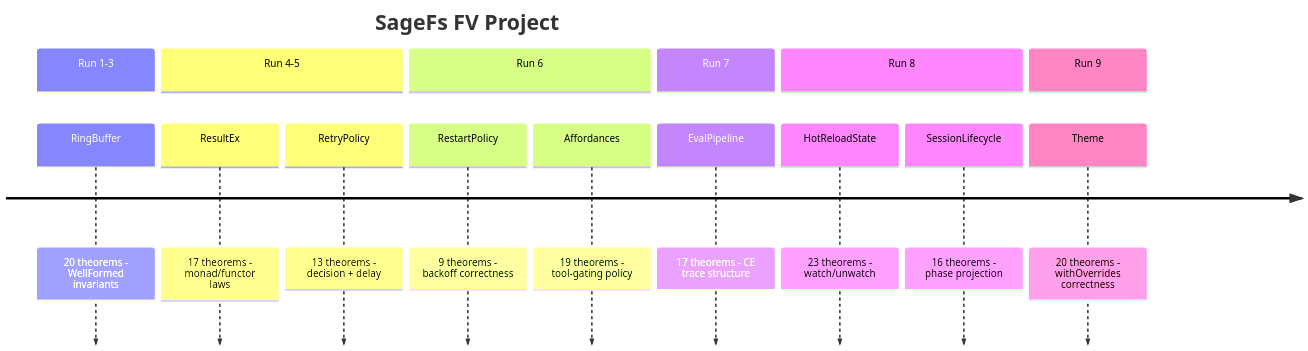
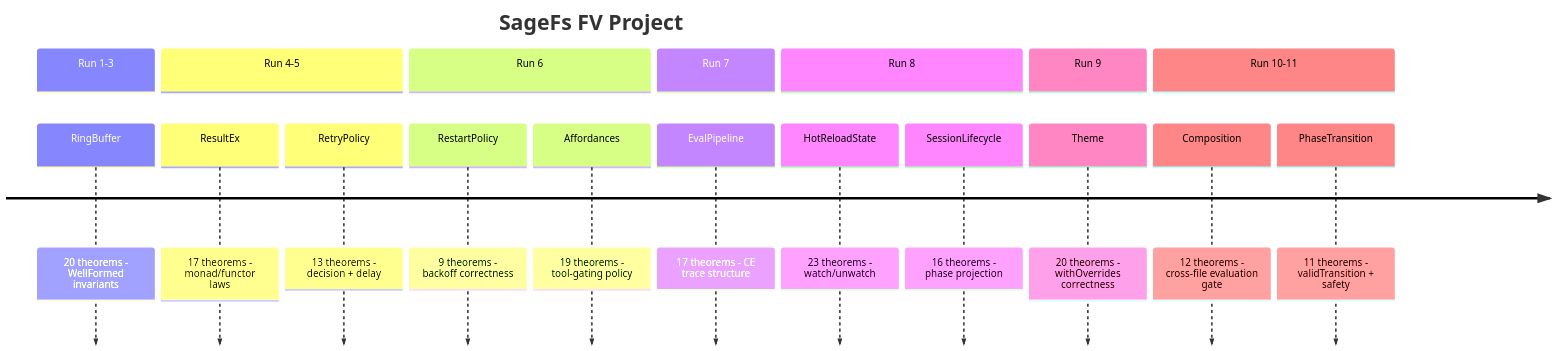
One commit to WillEhrendreich/SageFs changed the eighth of 8 diagrams in formal-verification/REPORT.md. Above: the diagram before and after it, drawn with Mermaid. The commit also changed other lines of this file and 3 other files, not shown here.

````diff
--- a/formal-verification/REPORT.md
+++ b/formal-verification/REPORT.md
@@ -226,19 +289,22 @@
 ```mermaid
 timeline
   title SageFs FV Project
   section Run 1-3
     RingBuffer : 20 theorems - WellFormed invariants
   section Run 4-5
     ResultEx : 17 theorems - monad/functor laws
     RetryPolicy : 13 theorems - decision + delay
   section Run 6
     RestartPolicy : 9 theorems - backoff correctness
     Affordances : 19 theorems - tool-gating policy
   section Run 7
     EvalPipeline : 17 theorems - CE trace structure
   section Run 8
     HotReloadState : 23 theorems - watch/unwatch
     SessionLifecycle : 16 theorems - phase projection
   section Run 9
     Theme : 20 theorems - withOverrides correctness
+  section Run 10-11
+    Composition : 12 theorems - cross-file evaluation gate
+    PhaseTransition : 11 theorems - validTransition + safety
 ```
````
